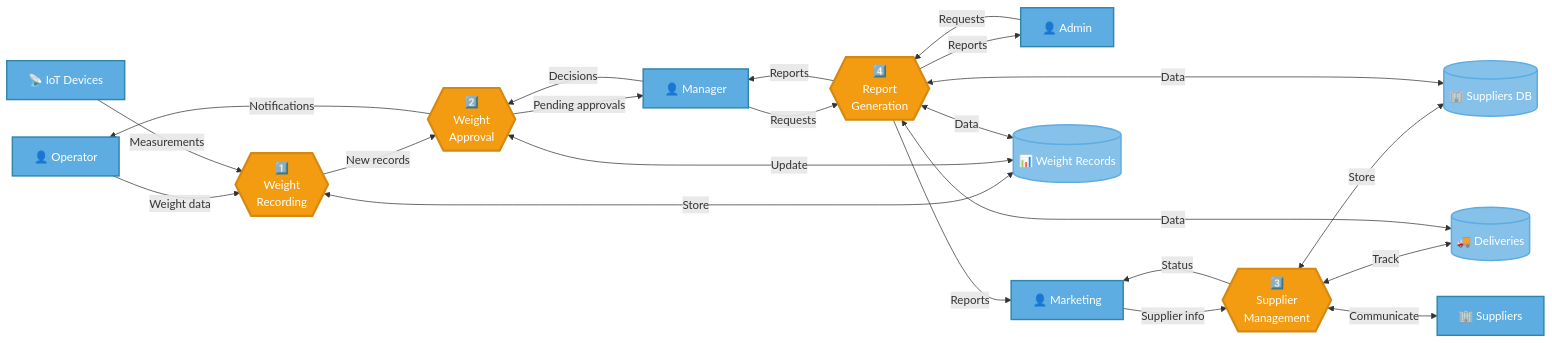
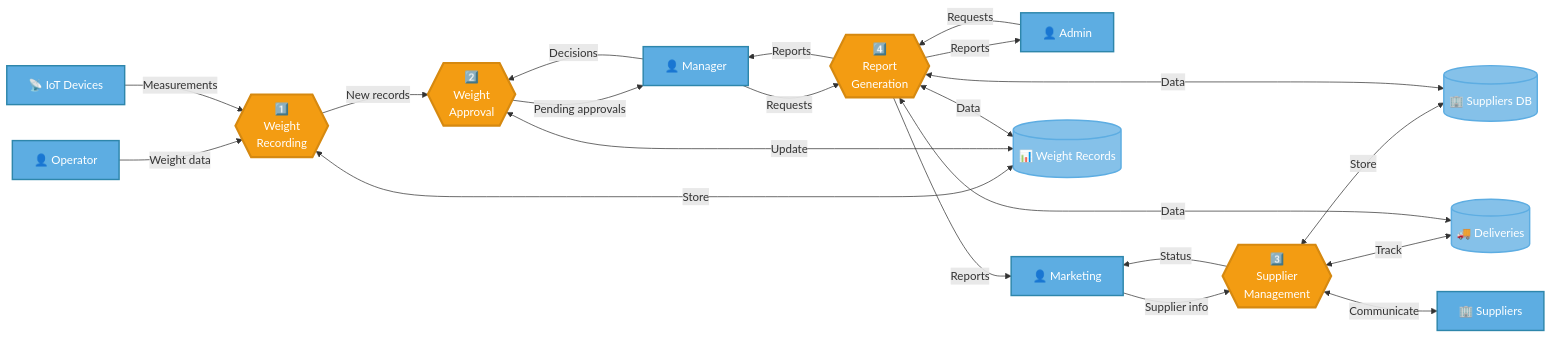
The second of 9 diagrams in docs/visual-data-flow-diagrams.md (badadarr/veroscale-app), drawn with Mermaid before and after one commit. The commit also changed other lines of this file and 12 other files, not shown here.

````diff
--- a/docs/visual-data-flow-diagrams.md
+++ b/docs/visual-data-flow-diagrams.md
@@ -51,59 +51,58 @@
 ```mermaid
 graph LR
     %% External Entities
     OP[👤 Operator]
     MG[👤 Manager]
     AD[👤 Admin]
     IOT[📡 IoT Devices]
     MK[👤 Marketing]
     SUP[🏢 Suppliers]
-    
+
     %% Processes
     WR{{"1️⃣<br/>Weight<br/>Recording"}}
     WA{{"2️⃣<br/>Weight<br/>Approval"}}
     SM{{"3️⃣<br/>Supplier<br/>Management"}}
     RG{{"4️⃣<br/>Report<br/>Generation"}}
-    
+
     %% Data Stores
     WDB[(📊 Weight Records)]
     SDB[(🏢 Suppliers DB)]
     DDB[(🚚 Deliveries)]
-    
+
     %% Weight Recording Flows
     OP -->|Weight data| WR
     IOT -->|Measurements| WR
     WR <-->|Store| WDB
     WR -->|New records| WA
-    
+
     %% Weight Approval Flows
     WA -->|Pending approvals| MG
     MG -->|Decisions| WA
     WA <-->|Update| WDB
-    WA -->|Notifications| OP
-    
+
     %% Supplier Management Flows
     MK -->|Supplier info| SM
     SM <-->|Store| SDB
     SM <-->|Track| DDB
     SM <-->|Communicate| SUP
     SM -->|Status| MK
-    
+
     %% Report Generation Flows
     MG -->|Requests| RG
     AD -->|Requests| RG
     RG <-->|Data| WDB
     RG <-->|Data| DDB
     RG <-->|Data| SDB
     RG -->|Reports| MG
     RG -->|Reports| AD
     RG -->|Reports| MK
-    
+
     %% Styling
     classDef actor fill:#5DADE2,stroke:#2E86AB,stroke-width:2px,color:#fff
     classDef process fill:#F39C12,stroke:#D68910,stroke-width:3px,color:#fff
     classDef storage fill:#85C1E9,stroke:#5DADE2,stroke-width:2px,color:#fff
-    
+
     class OP,MG,AD,IOT,MK,SUP actor
     class WR,WA,SM,RG process
     class WDB,SDB,DDB storage
 ```
````
